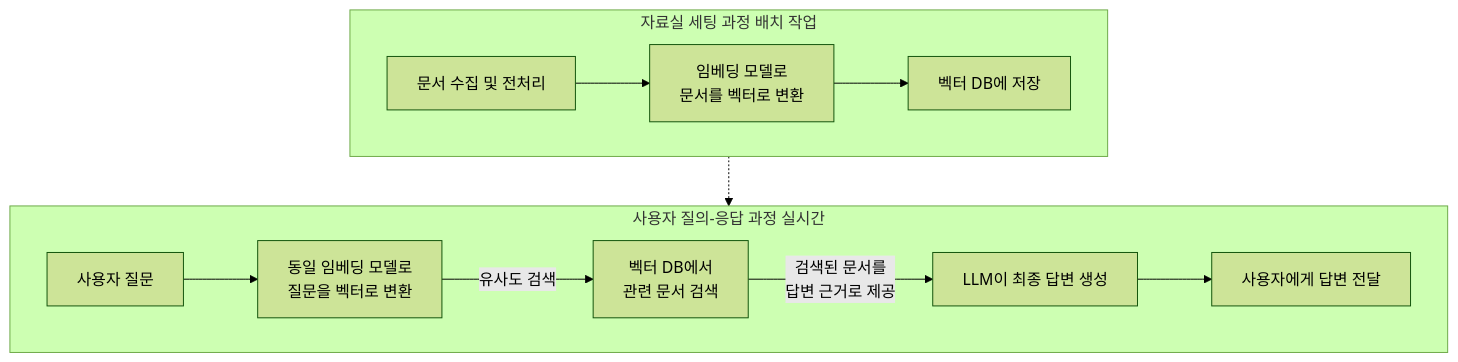
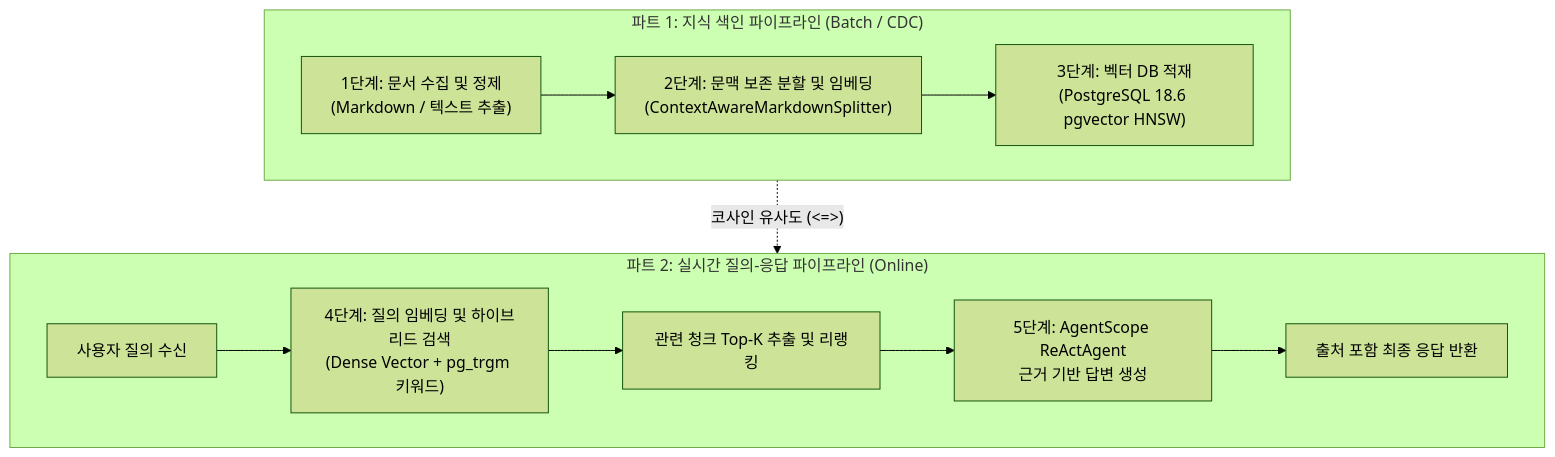
One commit to DramaticCollaboration/doc.github.io changed the diagram in ko/study/rag.md. Above: the diagram before and after it, drawn with Mermaid (forest theme). The commit also changed other lines of this file and 437 other files, not shown here.

````diff
--- a/ko/study/rag.md
+++ b/ko/study/rag.md
@@ -90,17 +76,17 @@
 ```mermaid
 flowchart TD
-    subgraph A [자료실 세팅 과정 배치 작업]
+    subgraph Indexing ["파트 1: 지식 색인 파이프라인 (Batch / CDC)"]
         direction LR
-        A1[문서 수집 및 전처리] --> A2[임베딩 모델로<br>문서를 벡터로 변환] --> A3[벡터 DB에 저장]
+        A1["1단계: 문서 수집 및 정제\n(Markdown / 텍스트 추출)"] --> A2["2단계: 문맥 보존 분할 및 임베딩\n(ContextAwareMarkdownSplitter)"] --> A3["3단계: 벡터 DB 적재\n(PostgreSQL 18.6 pgvector HNSW)"]
     end
 
-    subgraph B [사용자 질의-응답 과정 실시간]
+    subgraph Runtime ["파트 2: 실시간 질의-응답 파이프라인 (Online)"]
         direction LR
-        B1[사용자 질문] --> B2[동일 임베딩 모델로<br>질문을 벡터로 변환]
-        B2 -- 유사도 검색 --> B3[벡터 DB에서<br>관련 문서 검색]
-        B3 -- 검색된 문서를<br>답변 근거로 제공 --> B4[LLM이 최종 답변 생성]
-        B4 --> B5[사용자에게 답변 전달]
+        B1["사용자 질의 수신"] --> B2["4단계: 질의 임베딩 및 하이브리드 검색\n(Dense Vector + pg_trgm 키워드)"]
+        B2 --> B3["관련 청크 Top-K 추출 및 리랭킹"]
+        B3 --> B4["5단계: AgentScope ReActAgent\n근거 기반 답변 생성"]
+        B4 --> B5["출처 포함 최종 응답 반환"]
     end
 
-    A3 -.-> B3
+    A3 -.->|"코사인 유사도 (<=>)"| B2
 ```
````
